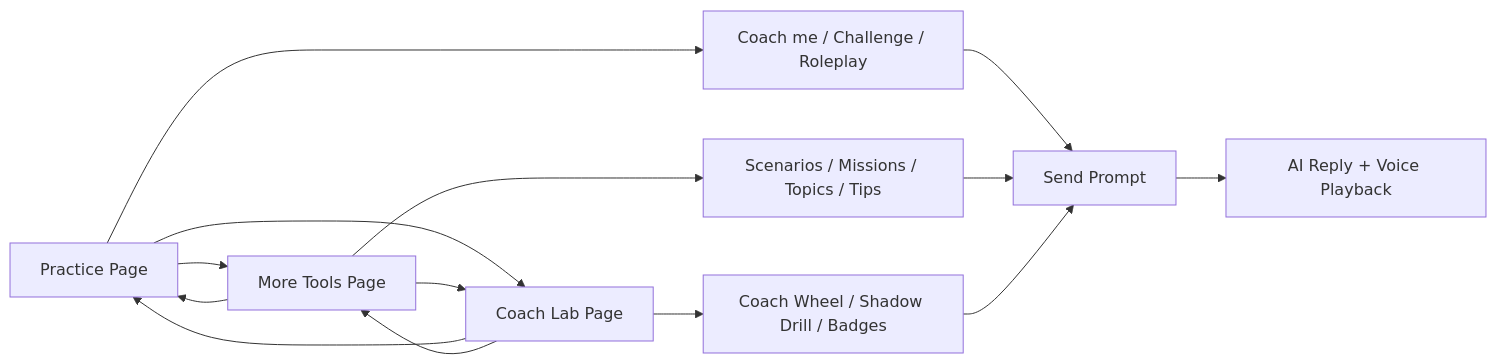
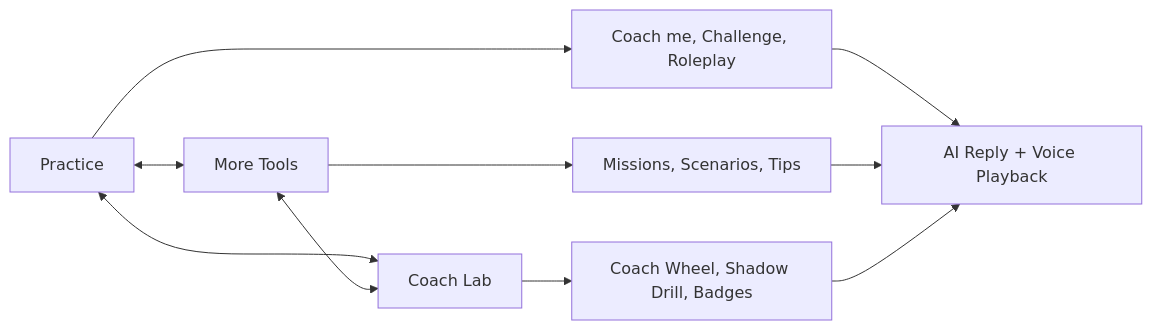
The second of 2 diagrams in README.md (athiq2u/MoonSpeak-AI), drawn with Mermaid before and after one commit. The commit also changed other lines of this file, not shown here.

Commit message:
docs: simplify and polish README flowcharts

````diff
--- a/README.md
+++ b/README.md
@@ -347,18 +356,18 @@
 ```mermaid
 flowchart LR
-  P[Practice Page] --> M[More Tools Page]
-  P --> CL[Coach Lab Page]
-  M --> P
-  M --> CL
-  CL --> P
-  CL --> M
+  P[Practice]
+  M[More Tools]
+  C[Coach Lab]
 
-  P --> Q1[Coach me / Challenge / Roleplay]
-  M --> Q2[Scenarios / Missions / Topics / Tips]
-  CL --> Q3[Coach Wheel / Shadow Drill / Badges]
+  P <--> M
+  P <--> C
+  M <--> C
 
-  Q1 --> S[Send Prompt]
-  Q2 --> S
-  Q3 --> S
-  S --> RPY[AI Reply + Voice Playback]
+  P --> A1[Coach me, Challenge, Roleplay]
+  M --> A2[Missions, Scenarios, Tips]
+  C --> A3[Coach Wheel, Shadow Drill, Badges]
+
+  A1 --> OUT[AI Reply + Voice Playback]
+  A2 --> OUT
+  A3 --> OUT
 ```
````
